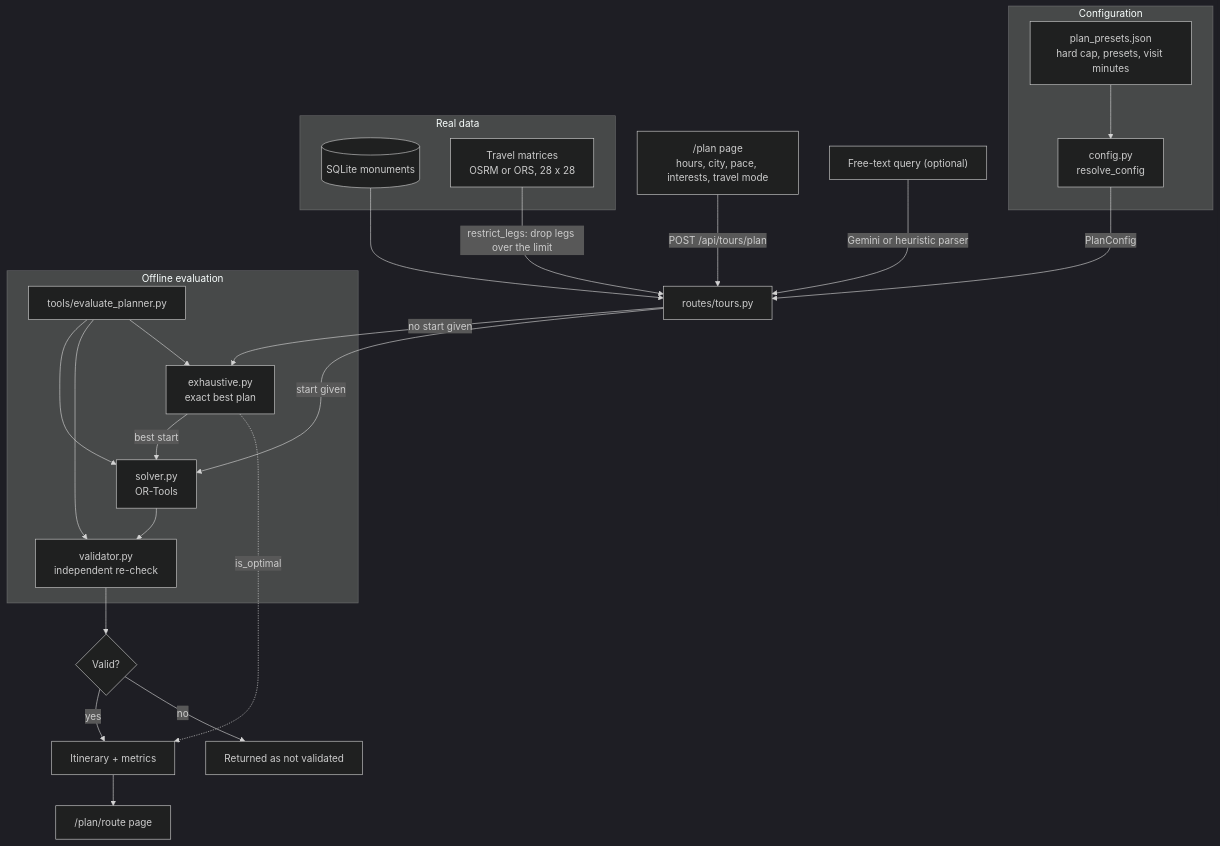
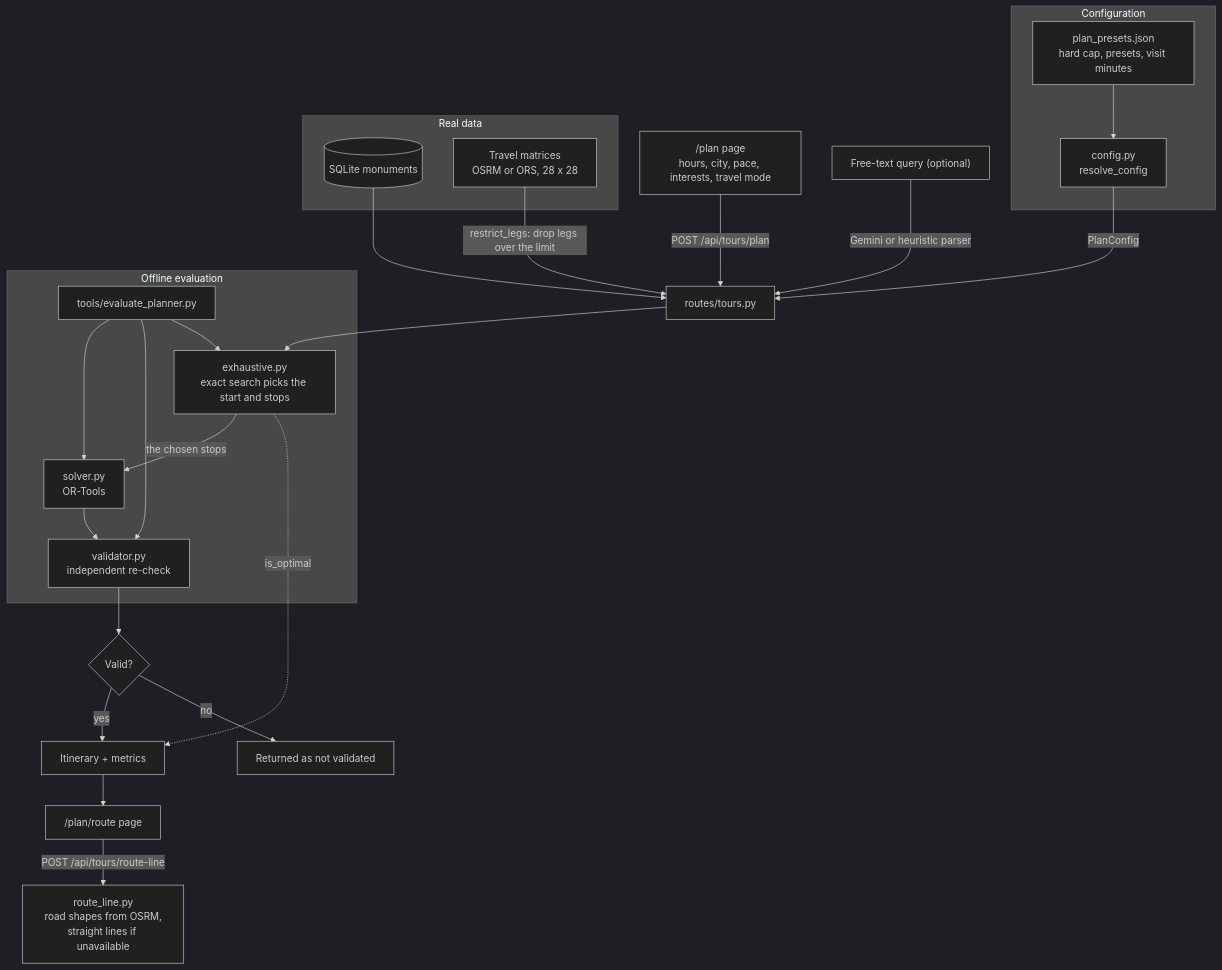
The diagram in backend/docs/PLAN_ARCHITECTURE.md (utkarshsahil04/Hackcult), drawn with Mermaid (dark theme) before and after one commit. The commit also changed other lines of this file, not shown here.

Commit message:
docs(#17): document tour route architecture and optimization flow

````diff
--- a/backend/docs/PLAN_ARCHITECTURE.md
+++ b/backend/docs/PLAN_ARCHITECTURE.md
@@ -5,33 +5,33 @@
 ```mermaid
 flowchart TD
     UI["/plan page<br/>hours, city, pace, interests, travel mode"] -->|POST /api/tours/plan| API[routes/tours.py]
     NL["Free-text query (optional)"] -->|Gemini or heuristic parser| API
 
     subgraph Config["Configuration"]
         P[plan_presets.json<br/>hard cap, presets, visit minutes] --> R[config.py<br/>resolve_config]
     end
     R -->|PlanConfig| API
 
     subgraph Data["Real data"]
         DB[(SQLite monuments)]
         M[Travel matrices<br/>OSRM or ORS, 28 x 28]
     end
     DB --> API
     M -->|restrict_legs: drop legs over the limit| API
 
-    API -->|no start given| E[exhaustive.py<br/>exact best plan]
-    E -->|best start| S[solver.py<br/>OR-Tools]
-    API -->|start given| S
+    API --> E[exhaustive.py<br/>exact search picks the start and stops]
+    E -->|the chosen stops| S[solver.py<br/>OR-Tools]
     S --> V[validator.py<br/>independent re-check]
     V --> G{Valid?}
     G -->|yes| OUT[Itinerary + metrics]
     G -->|no| FAIL[Returned as not validated]
     E -.->|is_optimal| OUT
     OUT --> ROUTE["/plan/route page"]
+    ROUTE -->|POST /api/tours/route-line| LINE[route_line.py<br/>road shapes from OSRM,<br/>straight lines if unavailable]
 
     subgraph Eval["Offline evaluation"]
         T[tools/evaluate_planner.py] --> S
         T --> V
         T --> E
     end
 ```
````
